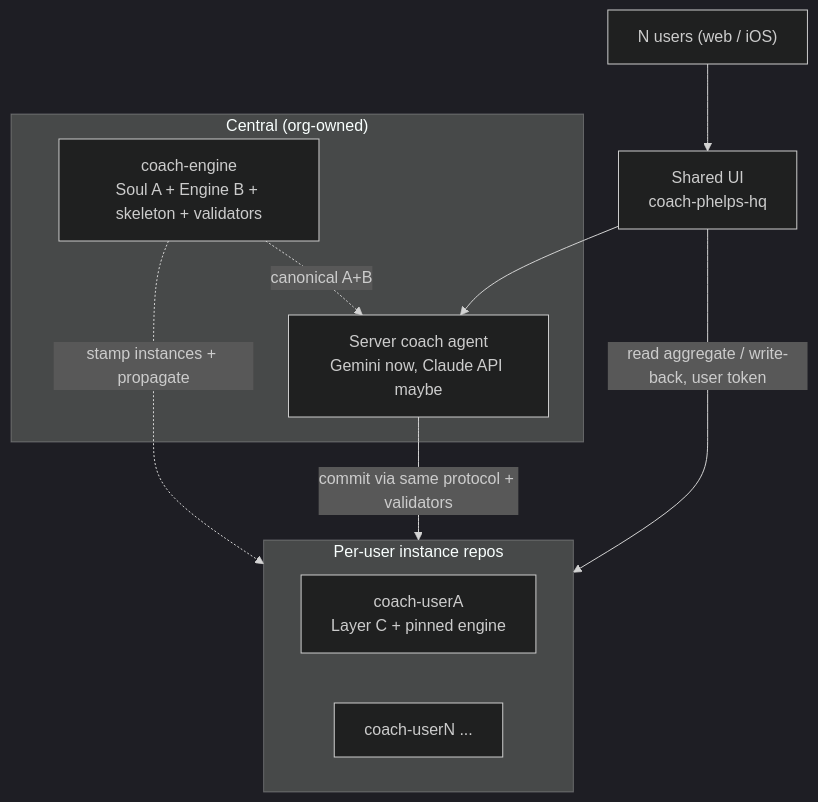
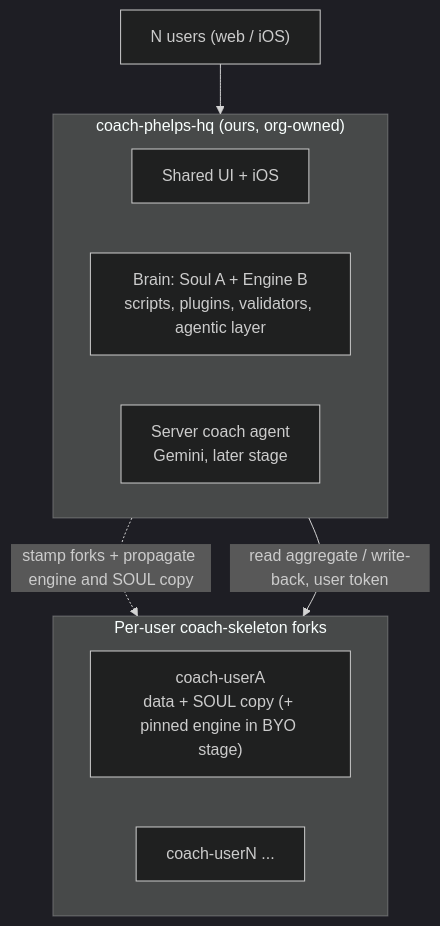
Before and after one commit to sibling-shipyard/coach-hq: the second of 7 diagrams in docs/scaling-plan.md, drawn with Mermaid (dark theme). The commit also changed other lines of this file and 1 other file, not shown here.

Commit message:
Update to scaling plan + soul split plan

````diff
--- a/docs/scaling-plan.md
+++ b/docs/scaling-plan.md
@@ -77,17 +85,15 @@
 ```mermaid
 flowchart TB
-  users["N users (web / iOS)"] --> ui["Shared UI<br/>coach-phelps-hq"]
-  subgraph central["Central (org-owned)"]
-    engine["coach-engine<br/>Soul A + Engine B + skeleton + validators"]
-    server["Server coach agent<br/>Gemini now, Claude API maybe"]
+  users["N users (web / iOS)"] --> hq
+  subgraph hq["coach-phelps-hq (ours, org-owned)"]
+    ui["Shared UI + iOS"]
+    engine["Brain: Soul A + Engine B<br/>scripts, plugins, validators, agentic layer"]
+    server["Server coach agent<br/>Gemini, later stage"]
   end
-  ui --> server
-  engine -.->|canonical A+B| server
-  engine -.->|stamp instances + propagate| instances
-  subgraph instances["Per-user instance repos"]
-    r1["coach-userA<br/>Layer C + pinned engine"]
+  hq -.->|stamp forks + propagate engine and SOUL copy| skeletons
+  subgraph skeletons["Per-user coach-skeleton forks"]
+    r1["coach-userA<br/>data + SOUL copy (+ pinned engine in BYO stage)"]
     rn["coach-userN ..."]
   end
-  ui -->|read aggregate / write-back, user token| instances
-  server -->|commit via same protocol + validators| instances
+  hq -->|read aggregate / write-back, user token| skeletons
 ```
````
